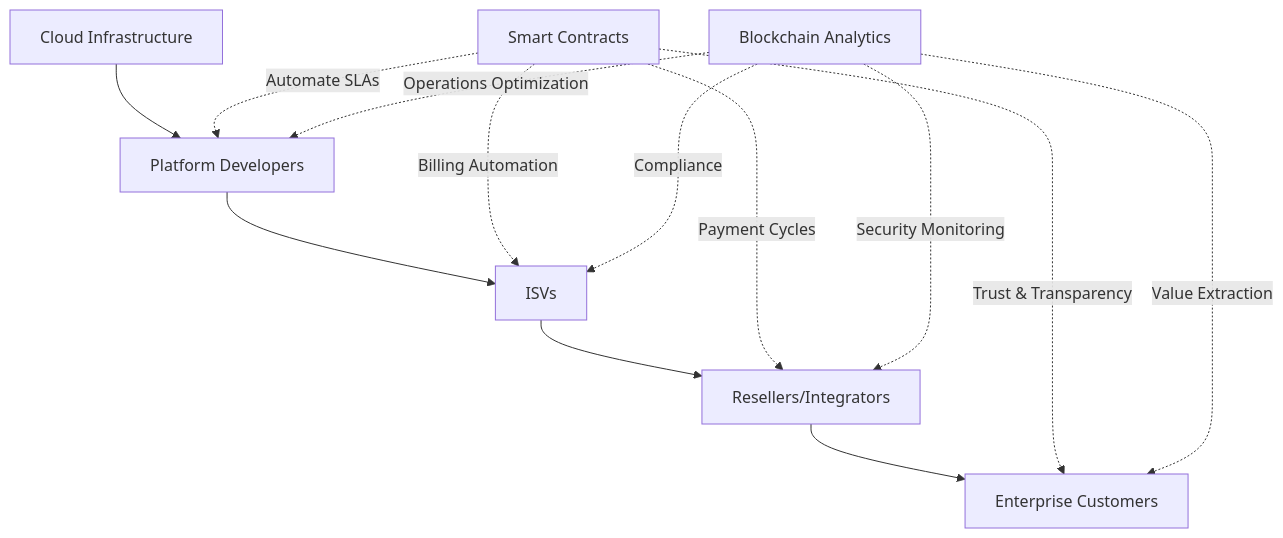
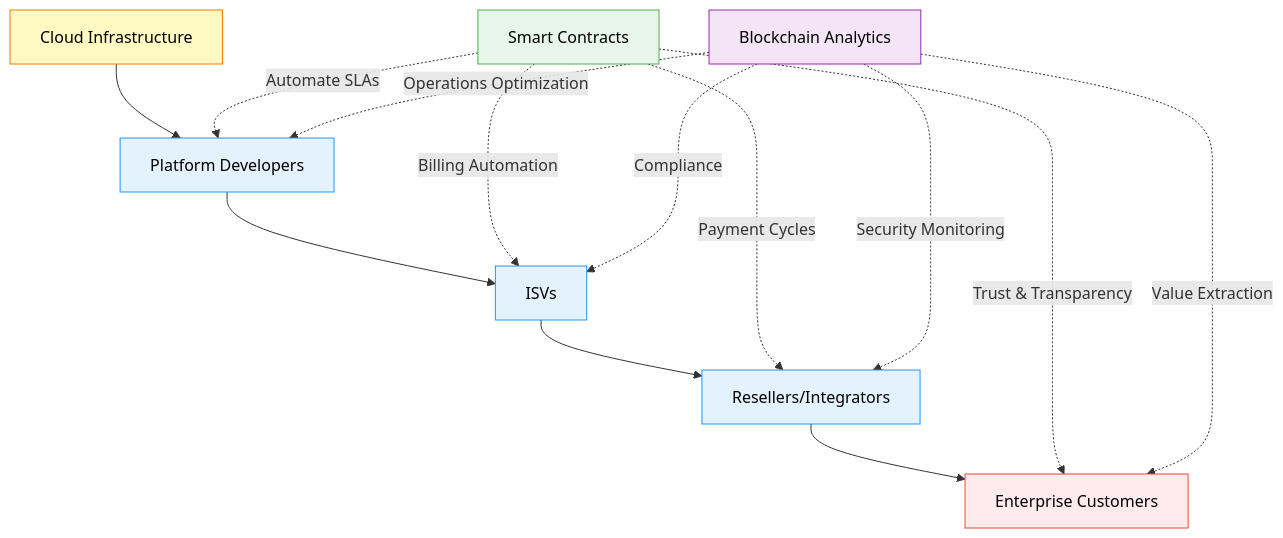
One commit to ljg-cqu/knowledge changed the eighth of 14 diagrams in Industry/Blockchain/Blockchain/ValueChain/QA_LinerGeneralDeepResearch.md. Above: the diagram before and after it, drawn with Mermaid. The commit also changed other lines of this file and 6 other files, not shown here.

````diff
--- a/Industry/Blockchain/Blockchain/ValueChain/QA_LinerGeneralDeepResearch.md
+++ b/Industry/Blockchain/Blockchain/ValueChain/QA_LinerGeneralDeepResearch.md
@@ -340,17 +412,25 @@
 ```mermaid
 graph TD
     A[Cloud Infrastructure] --> B[Platform Developers]
     B --> C[ISVs]
     C --> D[Resellers/Integrators]
     D --> E[Enterprise Customers]
     
     F[Smart Contracts] -.->|Automate SLAs| B
     F -.->|Billing Automation| C
     F -.->|Payment Cycles| D
     F -.->|Trust & Transparency| E
     
     G[Blockchain Analytics] -.->|Operations Optimization| B
     G -.->|Compliance| C
     G -.->|Security Monitoring| D
     G -.->|Value Extraction| E
+    
+    style A fill:#FFF9C4,stroke:#F57C00,color:#000
+    style B fill:#E3F2FD,stroke:#2196F3,color:#000
+    style C fill:#E3F2FD,stroke:#2196F3,color:#000
+    style D fill:#E3F2FD,stroke:#2196F3,color:#000
+    style E fill:#FFEBEE,stroke:#F44336,color:#000
+    style F fill:#E8F5E9,stroke:#4CAF50,color:#000
+    style G fill:#F3E5F5,stroke:#9C27B0,color:#000
 ```
````
